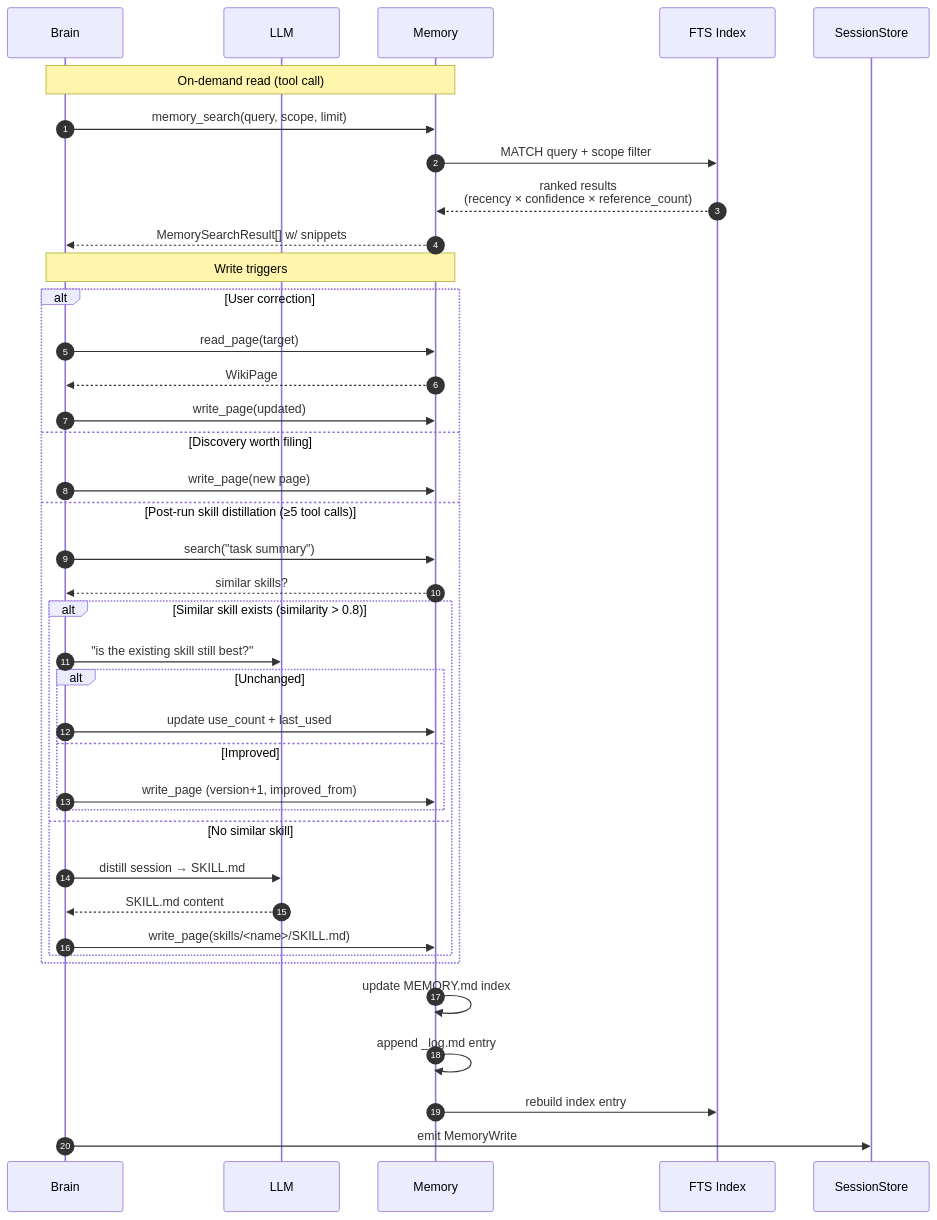
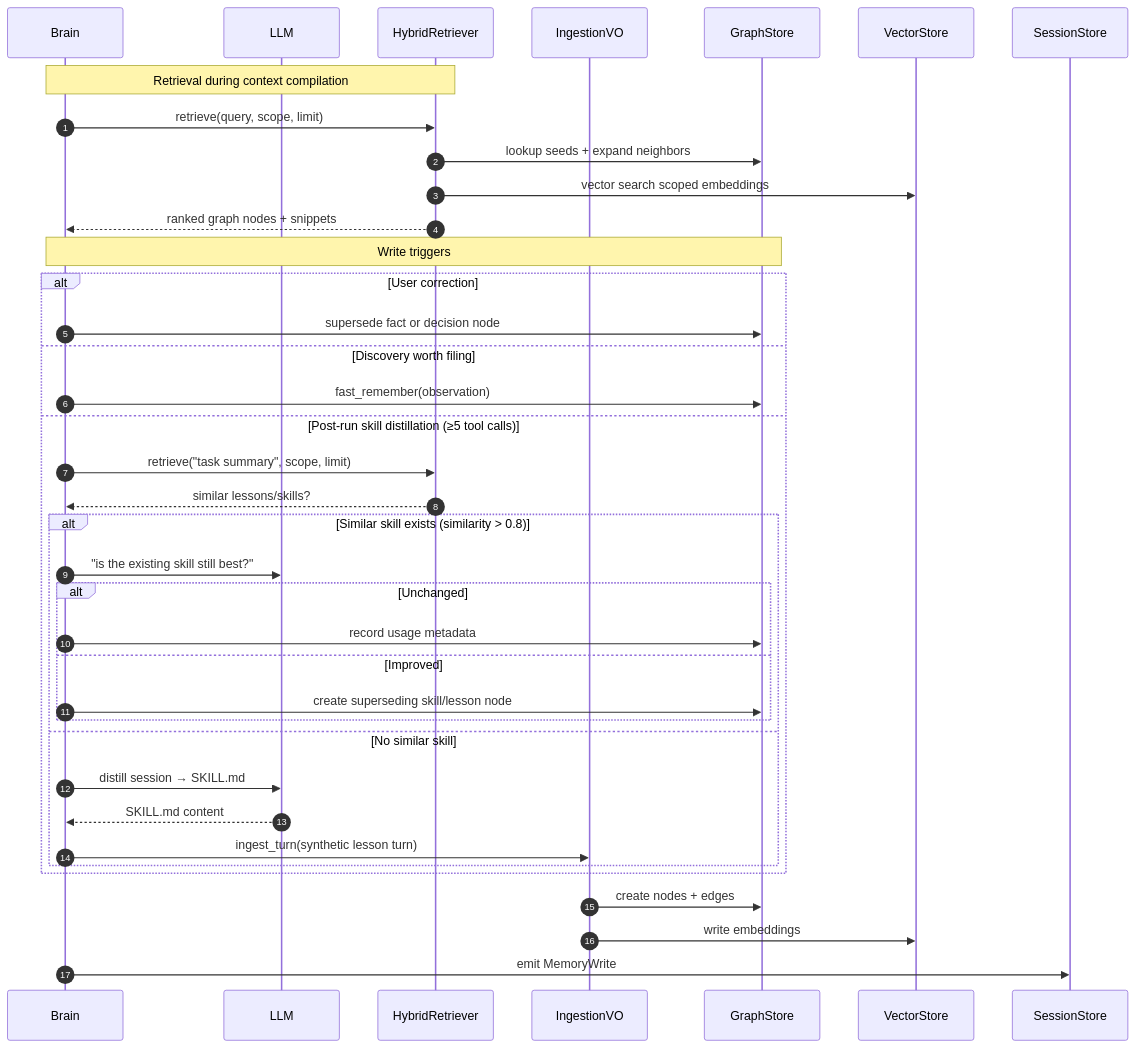
Before and after one commit to hwuiwon/moa: the sixth of 14 diagrams in sequence-diagrams.md, drawn with Mermaid. The commit also changed other lines of this file and 299 other files, not shown here.

````diff
--- a/sequence-diagrams.md
+++ b/sequence-diagrams.md
@@ -287,44 +287,43 @@
 ```mermaid
 sequenceDiagram
     autonumber
     participant Brain
     participant LLM
-    participant Memory
-    participant FTS as FTS Index
+    participant Retriever as HybridRetriever
+    participant Ingest as IngestionVO
+    participant Graph as GraphStore
+    participant Vector as VectorStore
     participant Log as SessionStore
 
-    Note over Brain,Memory: On-demand read (tool call)
-    Brain->>Memory: memory_search(query, scope, limit)
-    Memory->>FTS: MATCH query + scope filter
-    FTS-->>Memory: ranked results<br/>(recency × confidence × reference_count)
-    Memory-->>Brain: MemorySearchResult[] w/ snippets
+    Note over Brain,Retriever: Retrieval during context compilation
+    Brain->>Retriever: retrieve(query, scope, limit)
+    Retriever->>Graph: lookup seeds + expand neighbors
+    Retriever->>Vector: vector search scoped embeddings
+    Retriever-->>Brain: ranked graph nodes + snippets
 
-    Note over Brain,Memory: Write triggers
+    Note over Brain,Graph: Write triggers
     alt User correction
-        Brain->>Memory: read_page(target)
-        Memory-->>Brain: WikiPage
-        Brain->>Memory: write_page(updated)
+        Brain->>Graph: supersede fact or decision node
     else Discovery worth filing
-        Brain->>Memory: write_page(new page)
+        Brain->>Graph: fast_remember(observation)
     else Post-run skill distillation (≥5 tool calls)
-        Brain->>Memory: search("task summary")
-        Memory-->>Brain: similar skills?
+        Brain->>Retriever: retrieve("task summary", scope, limit)
+        Retriever-->>Brain: similar lessons/skills?
         alt Similar skill exists (similarity > 0.8)
             Brain->>LLM: "is the existing skill still best?"
             alt Unchanged
-                Brain->>Memory: update use_count + last_used
+                Brain->>Graph: record usage metadata
             else Improved
-                Brain->>Memory: write_page (version+1, improved_from)
+                Brain->>Graph: create superseding skill/lesson node
             end
         else No similar skill
             Brain->>LLM: distill session → SKILL.md
             LLM-->>Brain: SKILL.md content
-            Brain->>Memory: write_page(skills/<name>/SKILL.md)
+            Brain->>Ingest: ingest_turn(synthetic lesson turn)
         end
     end
 
-    Memory->>Memory: update MEMORY.md index
-    Memory->>Memory: append _log.md entry
-    Memory->>FTS: rebuild index entry
+    Ingest->>Graph: create nodes + edges
+    Ingest->>Vector: write embeddings
     Brain->>Log: emit MemoryWrite
 ```
````
